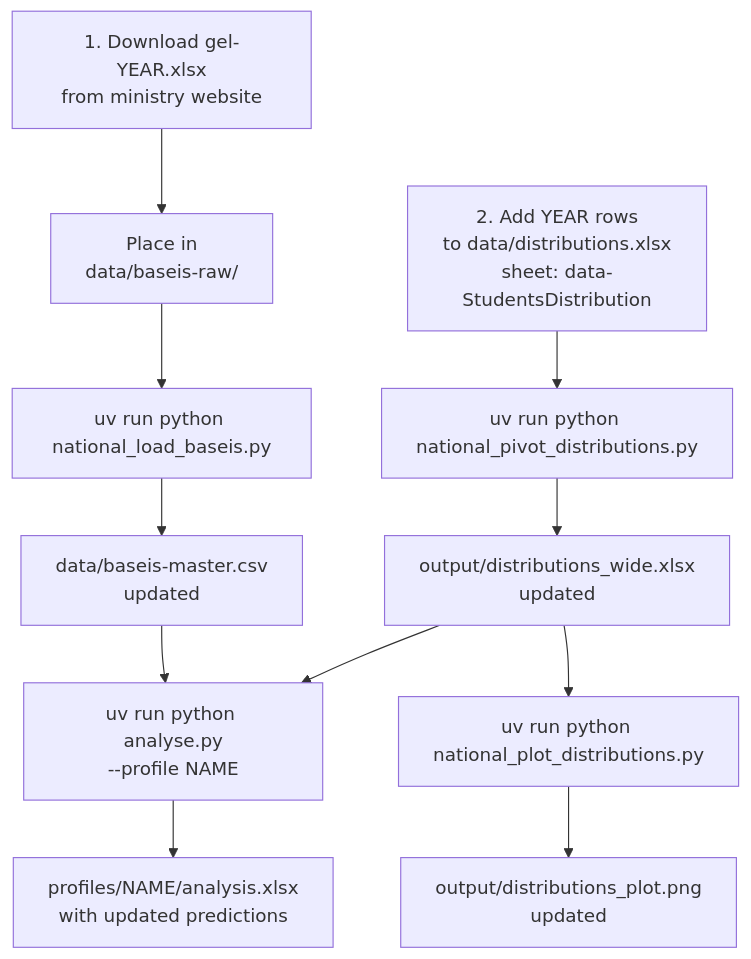
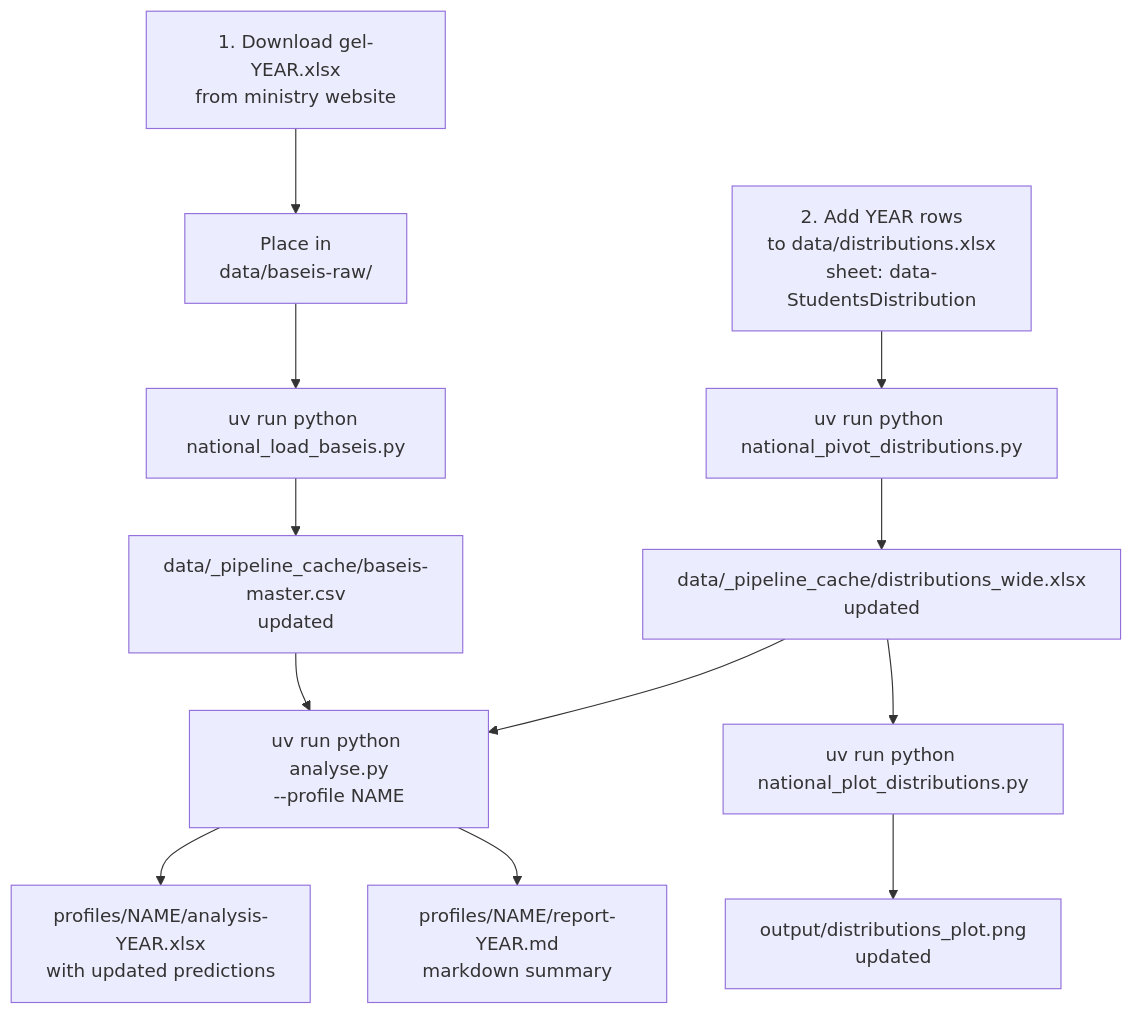
Before and after one commit to npapnet/dear_niece: the diagram in docs/source/update.md, drawn with Mermaid. The commit also changed other lines of this file and 3 other files, not shown here.

Commit message:
chore: Updated docs and architecture to reflect recent changes.

````diff
--- a/docs/source/update.md
+++ b/docs/source/update.md
@@ -19,14 +19,15 @@
 ```{mermaid}
 flowchart TD
     A["1. Download gel-YEAR.xlsx\nfrom ministry website"] --> B["Place in\ndata/baseis-raw/"]
     C["2. Add YEAR rows\nto data/distributions.xlsx\nsheet: data-StudentsDistribution"] 
     B --> D["uv run python national_load_baseis.py"]
     C --> E["uv run python national_pivot_distributions.py"]
-    D --> F["data/baseis-master.csv\nupdated"]
-    E --> G["output/distributions_wide.xlsx\nupdated"]
+    D --> F["data/_pipeline_cache/baseis-master.csv\nupdated"]
+    E --> G["data/_pipeline_cache/distributions_wide.xlsx\nupdated"]
     F --> H["uv run python analyse.py\n--profile NAME"]
     G --> H
-    H --> I["profiles/NAME/analysis.xlsx\nwith updated predictions"]
+    H --> I["profiles/NAME/analysis-YEAR.xlsx\nwith updated predictions"]
+    H --> R["profiles/NAME/report-YEAR.md\nmarkdown summary"]
     G --> J["uv run python national_plot_distributions.py"]
     J --> K["output/distributions_plot.png\nupdated"]
 ```
````
